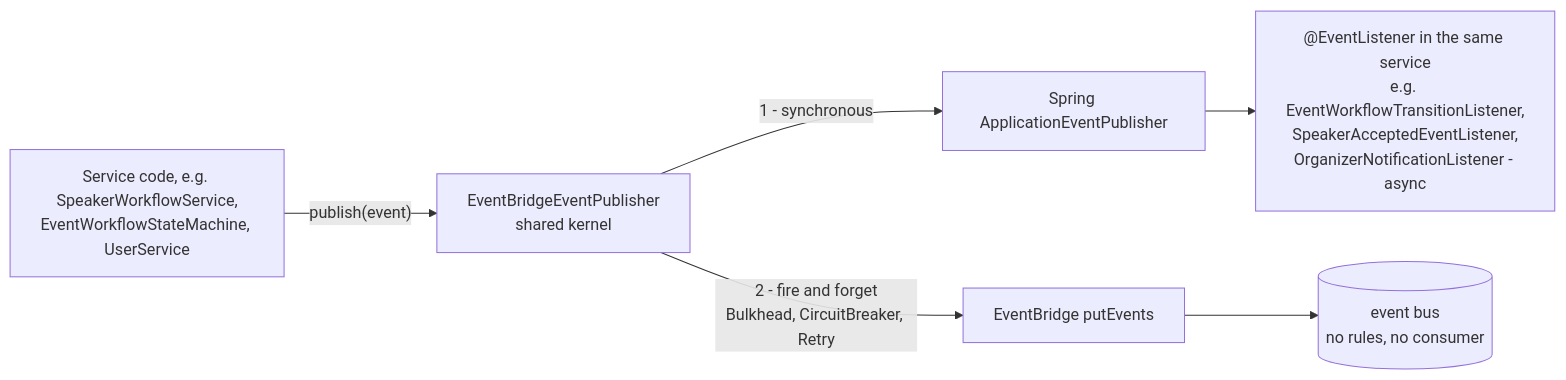
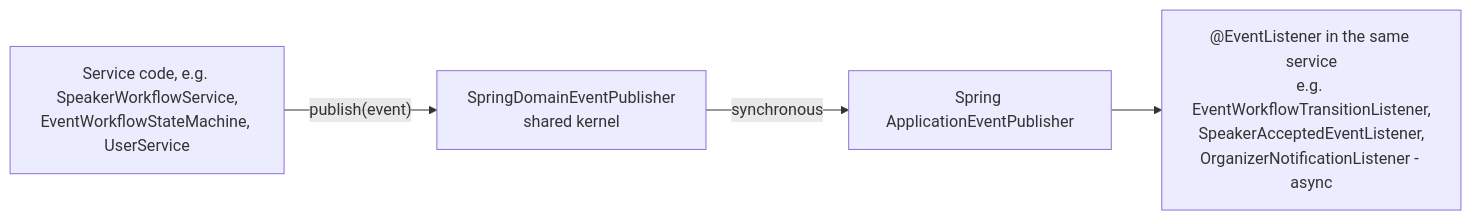
The fourth of 14 diagrams in docs/architecture/06-backend-architecture.md (nissimbuchs/BATbern2), drawn with Mermaid before and after one commit. The commit also changed other lines of this file and 392 other files, not shown here.

First line of the commit message:
feat(architecture): Epic 17 first batch: test fidelity, dead surface removed, API and module gates (17.0a-17.5, 17.3b) (#1258)

````diff
--- a/docs/architecture/06-backend-architecture.md
+++ b/docs/architecture/06-backend-architecture.md
@@ -459,8 +421,6 @@
 ```mermaid
 flowchart LR
-    SVC["Service code, e.g. SpeakerWorkflowService,<br/>EventWorkflowStateMachine, UserService"] -->|"publish(event)"| PUB["EventBridgeEventPublisher<br/>shared kernel"]
-    PUB -->|"1 - synchronous"| SPRING["Spring ApplicationEventPublisher"]
+    SVC["Service code, e.g. SpeakerWorkflowService,<br/>EventWorkflowStateMachine, UserService"] -->|"publish(event)"| PUB["SpringDomainEventPublisher<br/>shared kernel"]
+    PUB -->|"synchronous"| SPRING["Spring ApplicationEventPublisher"]
     SPRING --> L1["@EventListener in the same service<br/>e.g. EventWorkflowTransitionListener,<br/>SpeakerAcceptedEventListener,<br/>OrganizerNotificationListener - async"]
-    PUB -->|"2 - fire and forget<br/>Bulkhead, CircuitBreaker, Retry"| EB["EventBridge putEvents"]
-    EB --> BUS[("event bus<br/>no rules, no consumer")]
 ```
````
